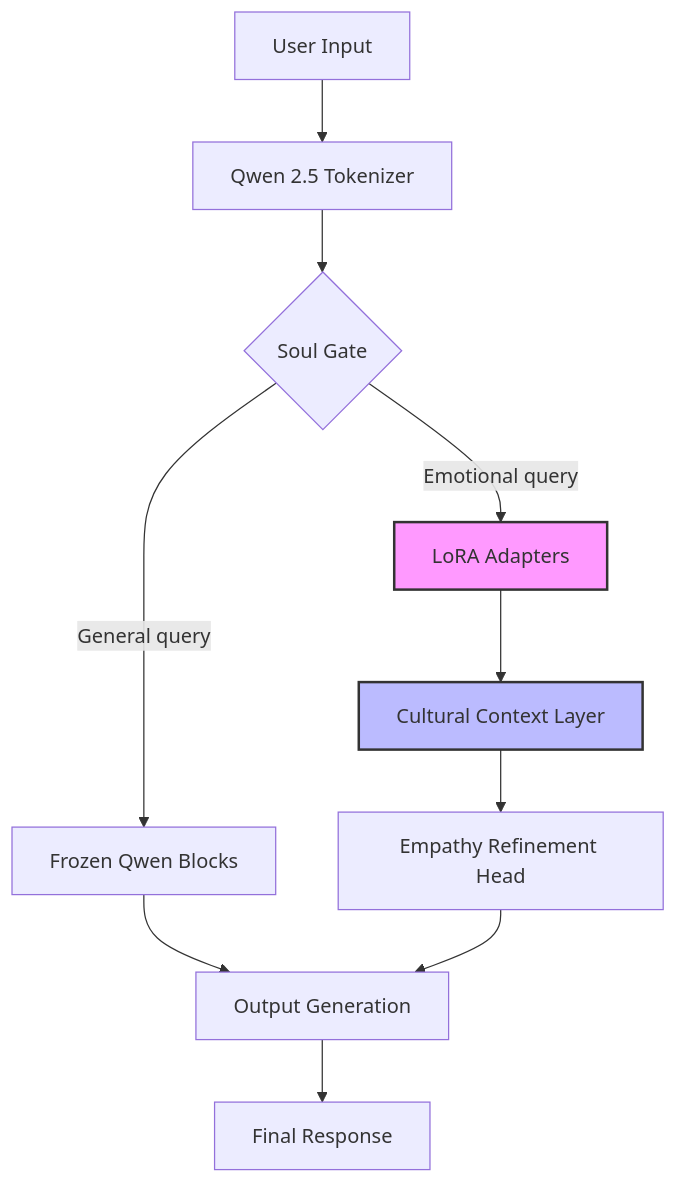
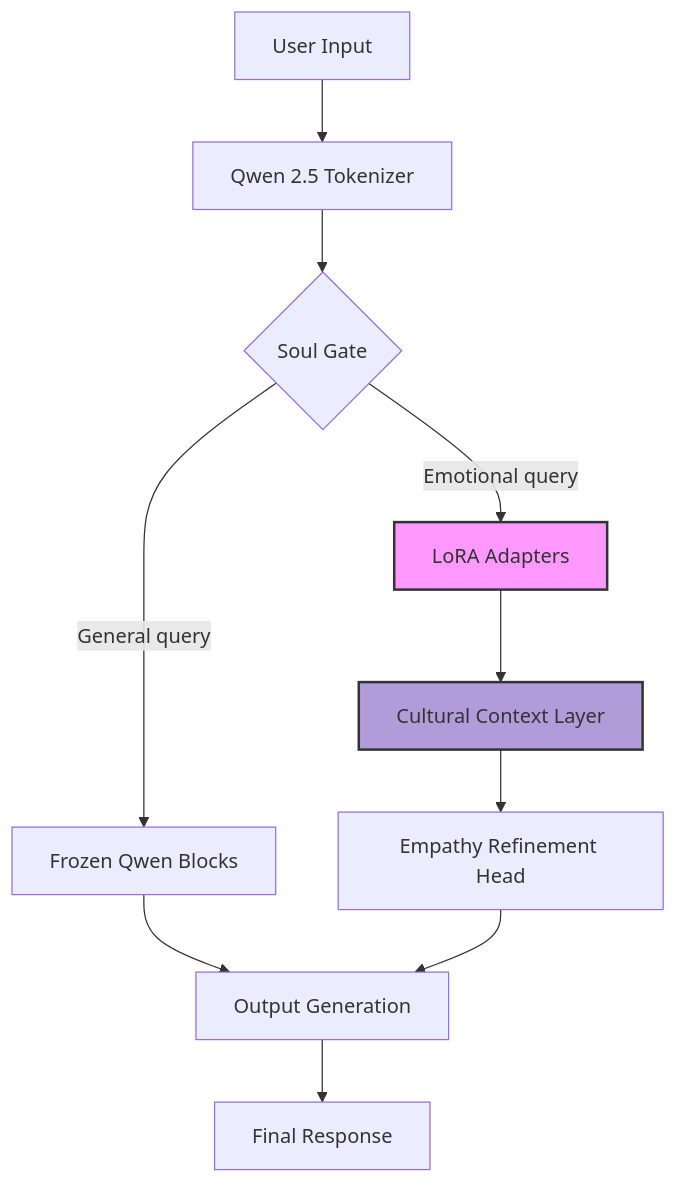
The first of 2 diagrams in README.md (boubli/HIBA), drawn with Mermaid before and after one commit.

````diff
--- a/README.md
+++ b/README.md
@@ -31,15 +31,15 @@
 ```mermaid
 graph TD
     A[User Input] --> B[Qwen 2.5 Tokenizer];
     B --> C{Soul Gate};
     C -- General query --> D[Frozen Qwen Blocks];
     C -- Emotional query --> E[LoRA Adapters];
     E --> F[Cultural Context Layer];
     F --> G[Empathy Refinement Head];
     D --> H[Output Generation];
     G --> H;
     H --> I[Final Response];
     
     style E fill:#f9f,stroke:#333,stroke-width:2px
-    style F fill:#bbf,stroke:#333,stroke-width:2px
+    style F fill:#B19CD9,stroke:#333,stroke-width:2px
 ```
````
